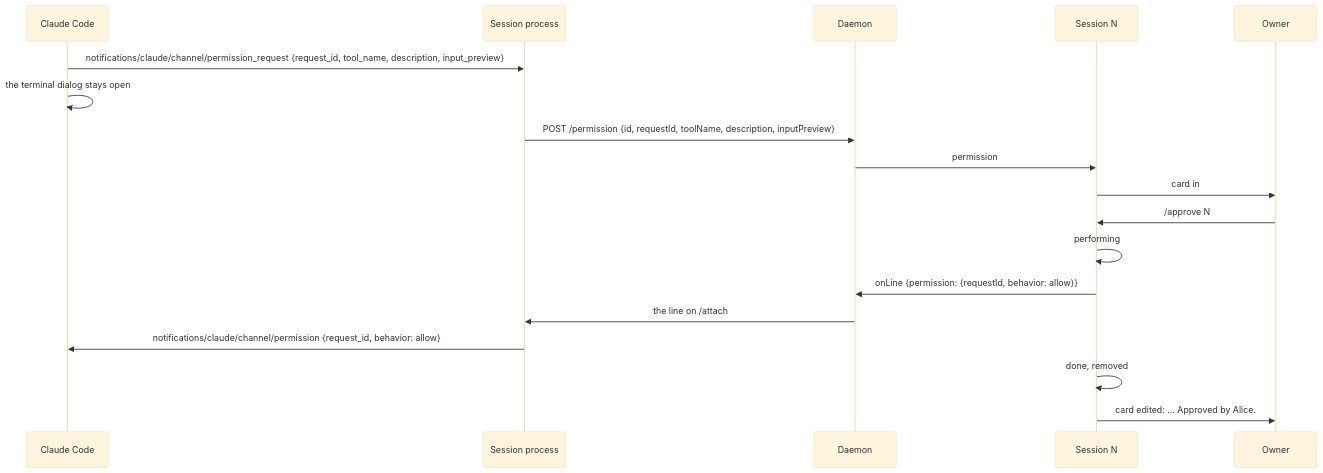
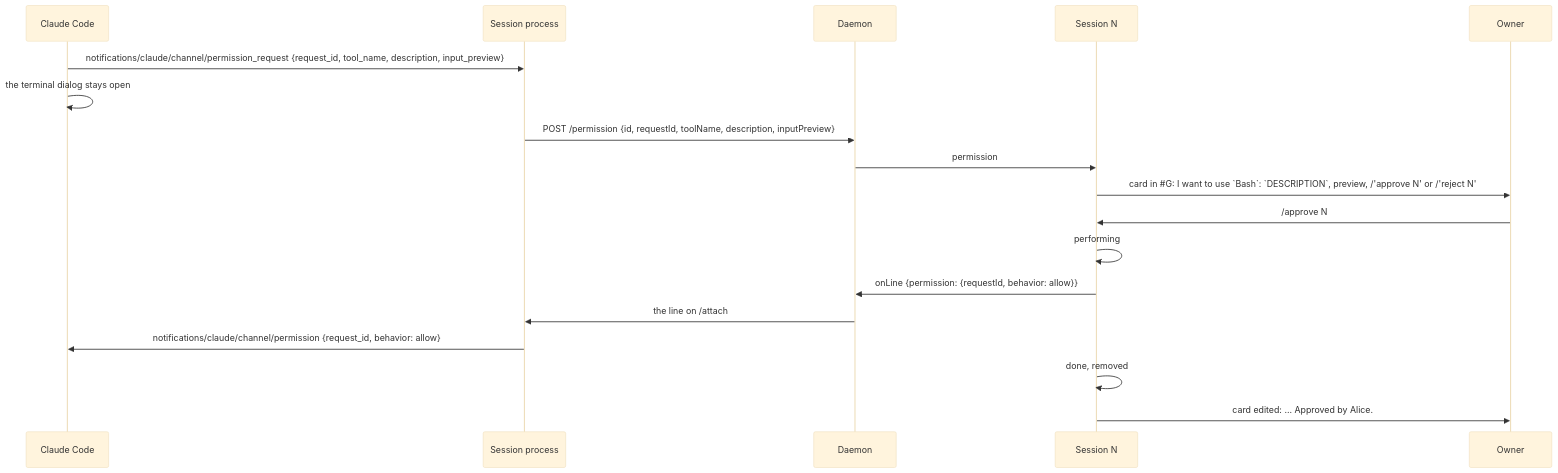
Diagram 22 of 30 in packages/simplex-chat-mcp/spec/flows.md (simplex-chat/simplex-chat), drawn with Mermaid (base theme) before and after one commit. The commit also changed other lines of this file and 1 other file, not shown here.

First line of the commit message:
mcp: spec diagrams render whole on GitHub

````diff
--- a/packages/simplex-chat-mcp/spec/flows.md
+++ b/packages/simplex-chat-mcp/spec/flows.md
@@ -1006,20 +1006,20 @@
 ```mermaid
 sequenceDiagram
   participant CC as Claude Code
   participant S as Session process
   participant D as Daemon
   participant N as Session N
   participant O as Owner
   CC->>S: notifications/claude/channel/permission_request {request_id, tool_name, description, input_preview}
   CC->>CC: the terminal dialog stays open
   S->>D: POST /permission {id, requestId, toolName, description, inputPreview}
   D->>N: permission
-  N->>O: card in #G: I want to use `Bash`: `DESCRIPTION`, preview, /'approve N' or /'reject N'
+  N->>O: card in #35;G: I want to use `Bash`: `DESCRIPTION`, preview, /'approve N' or /'reject N'
   O->>N: /approve N
   N->>N: performing
   N->>D: onLine {permission: {requestId, behavior: allow}}
   D->>S: the line on /attach
   S->>CC: notifications/claude/channel/permission {request_id, behavior: allow}
   N->>N: done, removed
   N->>O: card edited: ... Approved by Alice.
 ```
````
